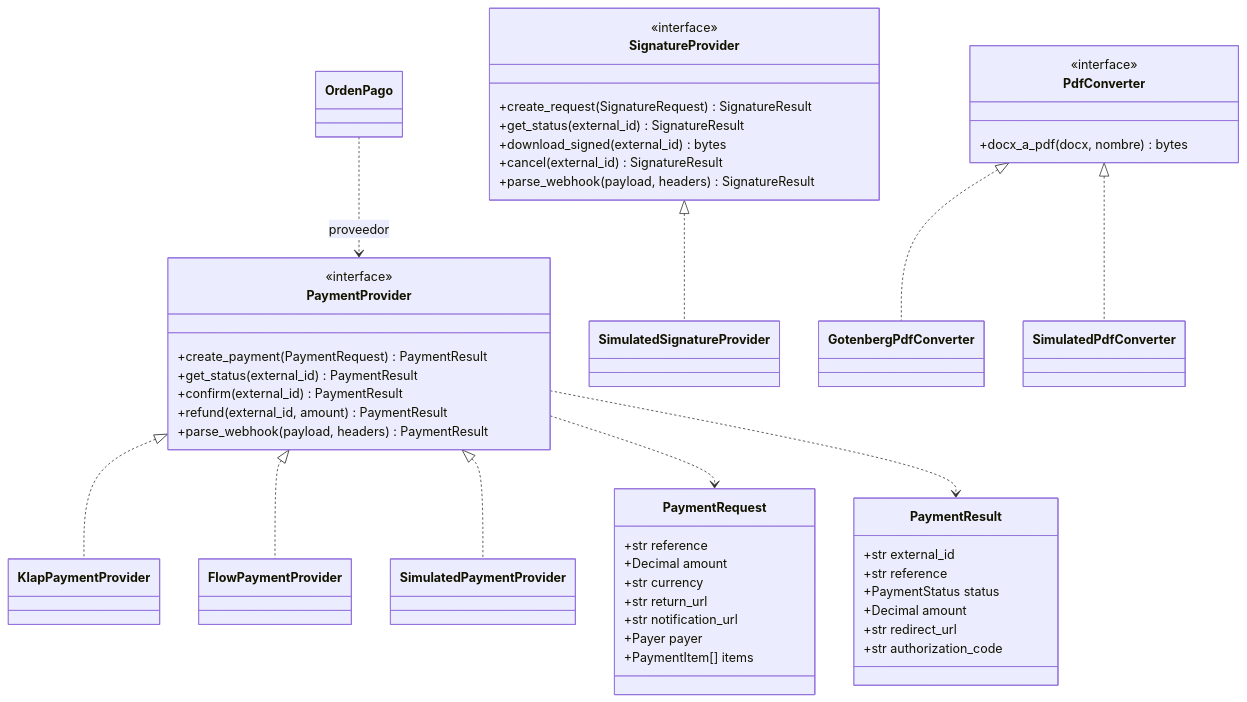
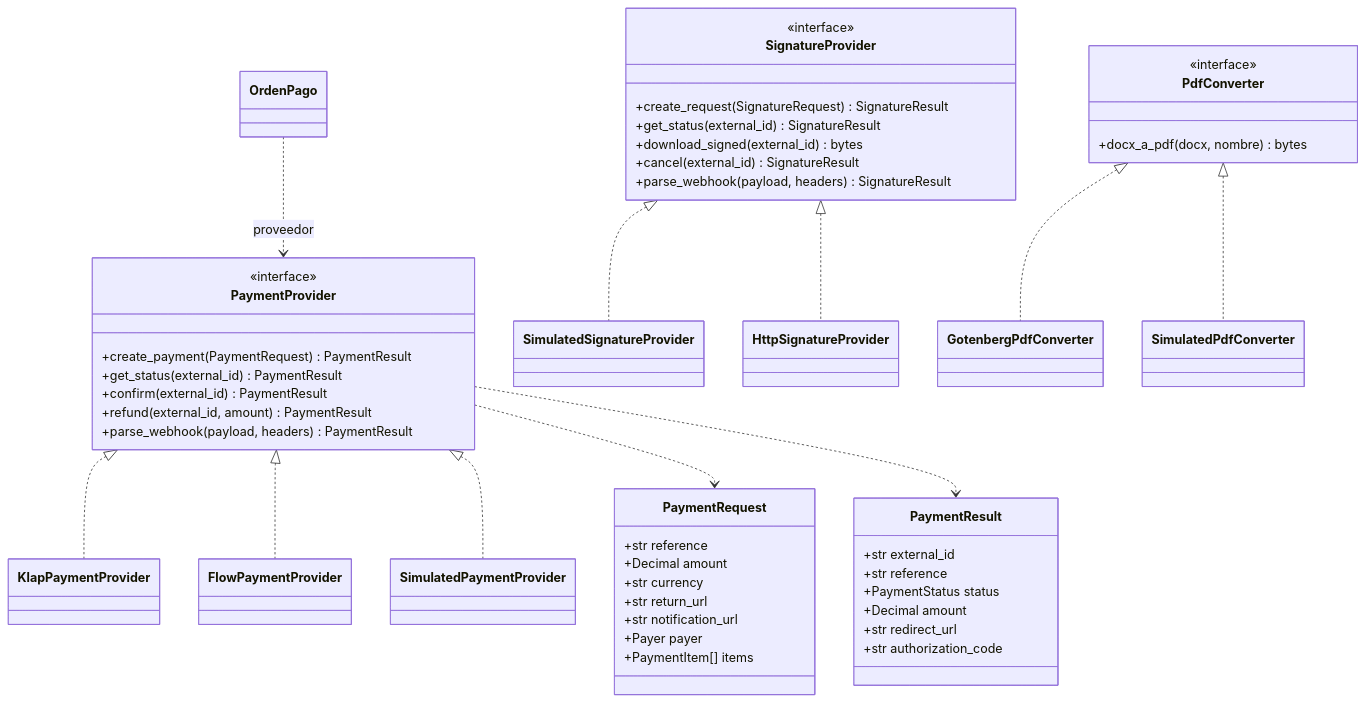
Before and after one commit to fecartagena/CRM---Easy-Office: the sixth of 6 diagrams in Fase 2/Evidencias Proyecto/Documentación/07_arquitectura/UML-002_Diagrama_Clases.md, drawn with Mermaid. The commit also changed other lines of this file and 23 other files, not shown here.

````diff
--- a/Fase 2/Evidencias Proyecto/Documentación/07_arquitectura/UML-002_Diagrama_Clases.md
+++ b/Fase 2/Evidencias Proyecto/Documentación/07_arquitectura/UML-002_Diagrama_Clases.md
@@ -562,58 +606,60 @@
 ```mermaid
 classDiagram
     class PaymentProvider {
         <<interface>>
         +create_payment(PaymentRequest) PaymentResult
         +get_status(external_id) PaymentResult
         +confirm(external_id) PaymentResult
         +refund(external_id, amount) PaymentResult
         +parse_webhook(payload, headers) PaymentResult
     }
     class KlapPaymentProvider
     class FlowPaymentProvider
     class SimulatedPaymentProvider
     PaymentProvider <|.. KlapPaymentProvider
     PaymentProvider <|.. FlowPaymentProvider
     PaymentProvider <|.. SimulatedPaymentProvider
 
     class SignatureProvider {
         <<interface>>
         +create_request(SignatureRequest) SignatureResult
         +get_status(external_id) SignatureResult
         +download_signed(external_id) bytes
         +cancel(external_id) SignatureResult
         +parse_webhook(payload, headers) SignatureResult
     }
     class SimulatedSignatureProvider
+    class HttpSignatureProvider
     SignatureProvider <|.. SimulatedSignatureProvider
+    SignatureProvider <|.. HttpSignatureProvider
 
     class PdfConverter {
         <<interface>>
         +docx_a_pdf(docx, nombre) bytes
     }
     class GotenbergPdfConverter
     class SimulatedPdfConverter
     PdfConverter <|.. GotenbergPdfConverter
     PdfConverter <|.. SimulatedPdfConverter
 
     class PaymentRequest {
         +str reference
         +Decimal amount
         +str currency
         +str return_url
         +str notification_url
         +Payer payer
         +PaymentItem[] items
     }
     class PaymentResult {
         +str external_id
         +str reference
         +PaymentStatus status
         +Decimal amount
         +str redirect_url
         +str authorization_code
     }
     PaymentProvider ..> PaymentRequest
     PaymentProvider ..> PaymentResult
     OrdenPago ..> PaymentProvider : proveedor
 ```
````
